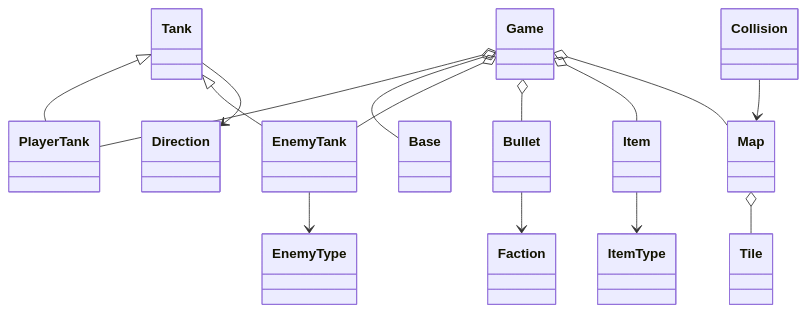
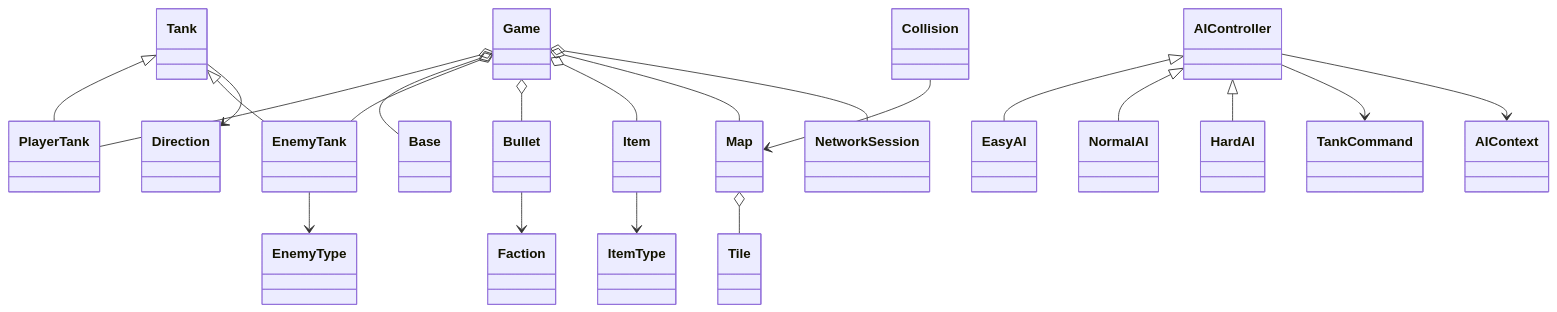
Before and after one commit to frank1181434411-hub/tank-battle: the second of 2 diagrams in docs/03_总体设计.md, drawn with Mermaid. The commit also changed other lines of this file and 26 other files, not shown here.

````diff
--- a/docs/03_总体设计.md
+++ b/docs/03_总体设计.md
@@ -52,32 +53,45 @@
 ```mermaid
 classDiagram
     class Game
     class Tank
     class PlayerTank
     class EnemyTank
     class Bullet
     class Item
     class Base
     class Direction
     class Faction
     class EnemyType
     class ItemType
     class Map
     class Tile
     class Collision
+    class NetworkSession
+    class AIController
+    class EasyAI
+    class NormalAI
+    class HardAI
+    class TankCommand
+    class AIContext
 
     Tank <|-- PlayerTank
     Tank <|-- EnemyTank
+    AIController <|-- EasyAI
+    AIController <|-- NormalAI
+    AIController <|-- HardAI
     Game o-- PlayerTank
     Game o-- Base
     Game o-- EnemyTank
     Game o-- Bullet
     Game o-- Item
     Game o-- Map
+    Game o-- NetworkSession
     Bullet --> Faction
     Tank --> Direction
     EnemyTank --> EnemyType
     Item --> ItemType
     Map o-- Tile
     Collision --> Map
+    AIController --> TankCommand
+    AIController --> AIContext
 ```
````
